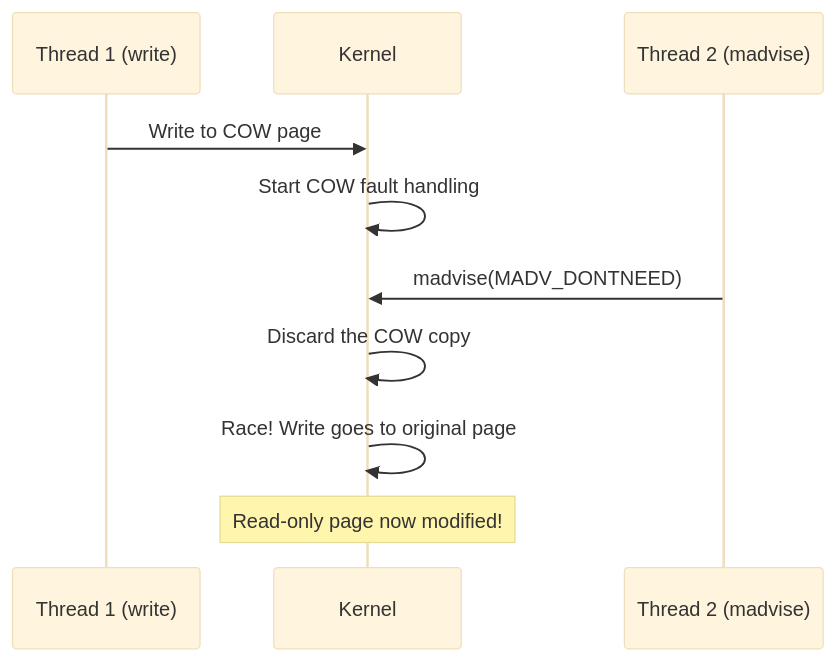
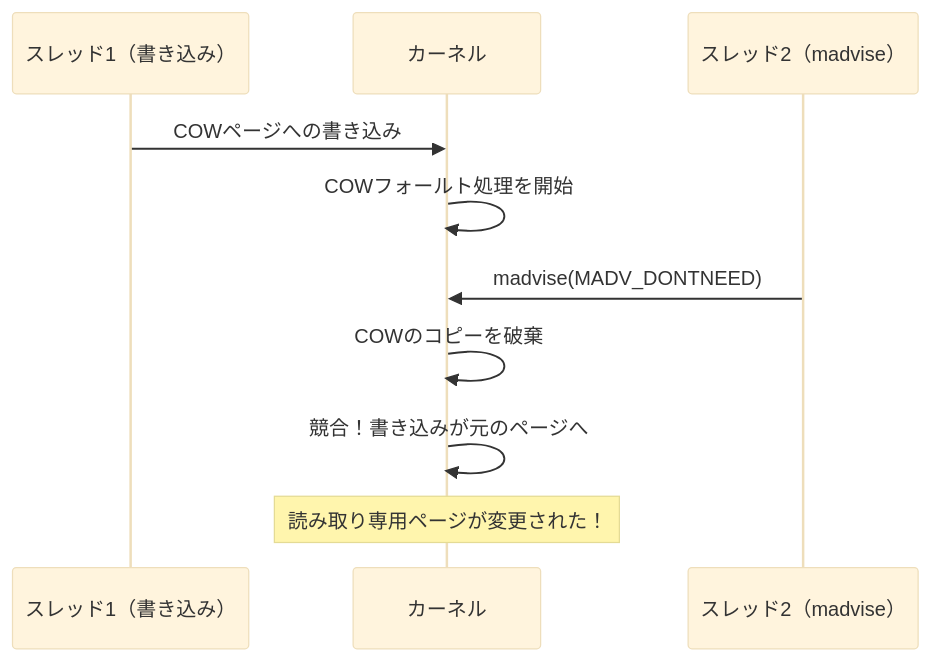
One commit to doguto/linux-kernel-internals-jp changed the eighth of 9 diagrams in docs/mm/fork.md. Above: the diagram before and after it, drawn with Mermaid (base theme). The commit also changed other lines of this file and 3 other files, not shown here.

````diff
--- a/docs/mm/fork.md
+++ b/docs/mm/fork.md
@@ -665,13 +665,13 @@
 ```mermaid
 sequenceDiagram
-    participant T1 as Thread 1 (write)
-    participant K as Kernel
-    participant T2 as Thread 2 (madvise)
+    participant T1 as スレッド1（書き込み）
+    participant K as カーネル
+    participant T2 as スレッド2（madvise）
 
-    T1->>K: Write to COW page
-    K->>K: Start COW fault handling
+    T1->>K: COWページへの書き込み
+    K->>K: COWフォールト処理を開始
     T2->>K: madvise(MADV_DONTNEED)
-    K->>K: Discard the COW copy
-    K->>K: Race! Write goes to original page
-    Note over K: Read-only page now modified!
+    K->>K: COWのコピーを破棄
+    K->>K: 競合！書き込みが元のページへ
+    Note over K: 読み取り専用ページが変更された！
 ```
````
